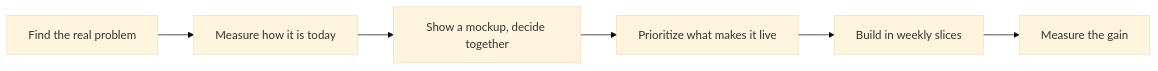
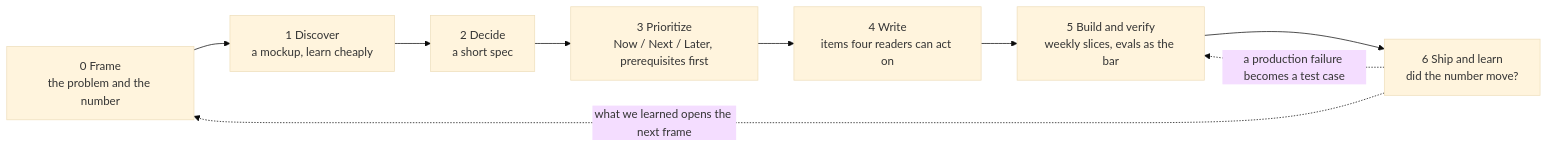
The first of 2 diagrams in README.md (Benyoumen/Benyoumen), drawn with Mermaid (base theme) before and after one commit. The commit also changed other lines of this file, not shown here.

First line of the commit message:
Profile: How I work as two gated loops, aligned with the method repos

````diff
--- a/README.md
+++ b/README.md
@@ -76,8 +80,11 @@
 ```mermaid
 flowchart LR
-    A["Find the real problem"] --> B["Measure how it is today"]
-    B --> C["Show a mockup, decide together"]
-    C --> D["Prioritize what makes it live"]
-    D --> E["Build in weekly slices"]
-    E --> F["Measure the gain"]
+    F["0 Frame<br/>the problem and the number"] --> D["1 Discover<br/>a mockup, learn cheaply"]
+    D --> S["2 Decide<br/>a short spec"]
+    S --> P["3 Prioritize<br/>Now / Next / Later, prerequisites first"]
+    P --> W["4 Write<br/>items four readers can act on"]
+    W --> B["5 Build and verify<br/>weekly slices, evals as the bar"]
+    B --> L["6 Ship and learn<br/>did the number move?"]
+    L -. "what we learned opens the next frame" .-> F
+    L -. "a production failure becomes a test case" .-> B
 ```
````
